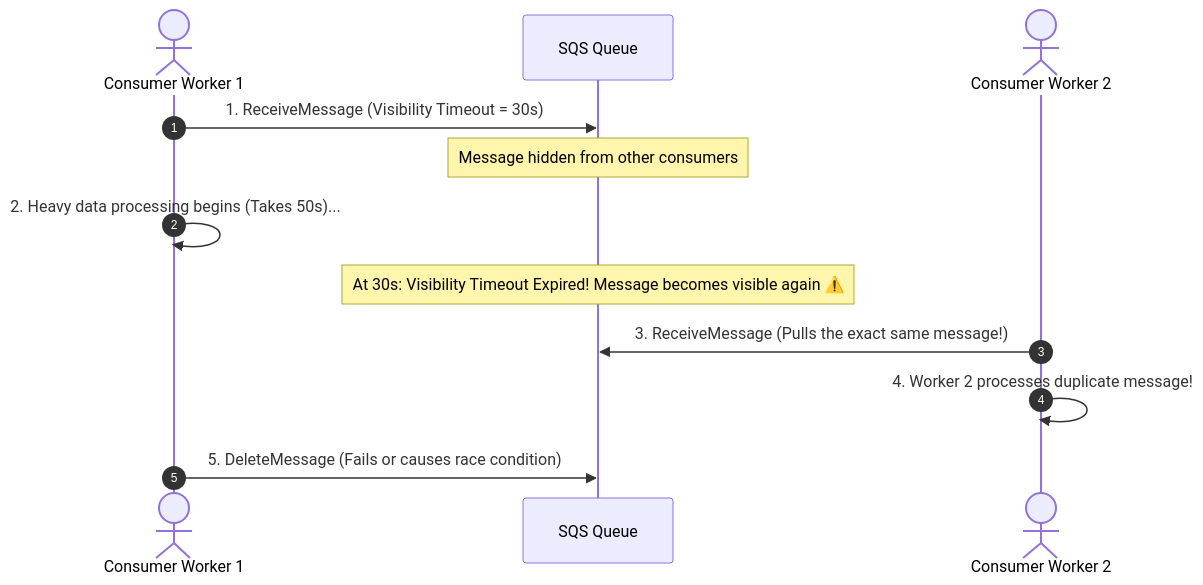
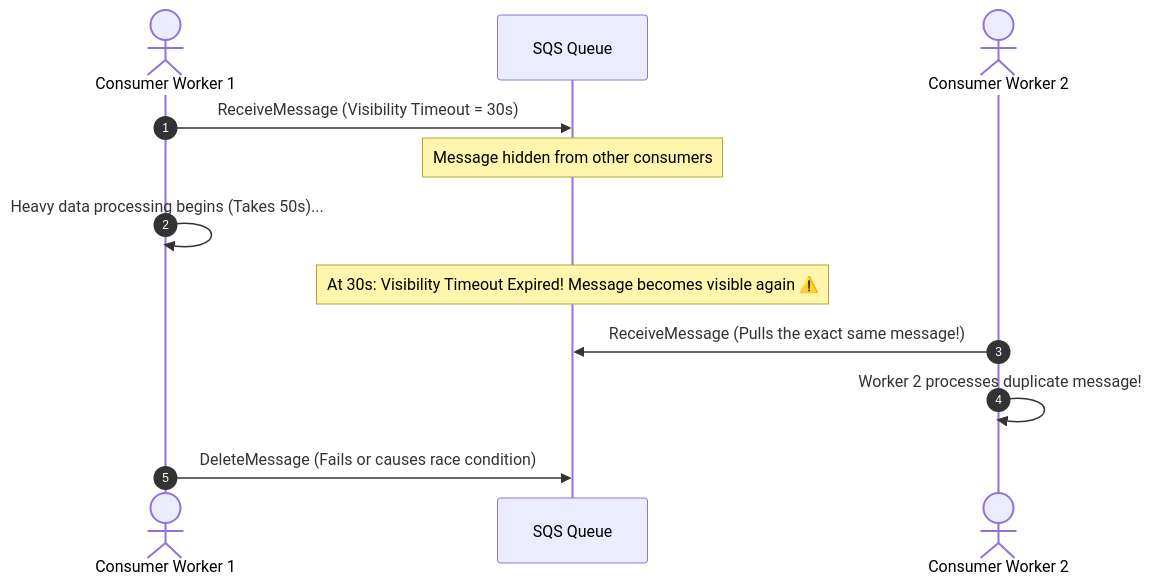
The second of 3 diagrams in content/en/02-services/integration/sqs/sqs-timing-parameters-and-polling.md (Wathon/aws-dea-c01-note), drawn with Mermaid before and after one commit. The commit also changed 2 other files, not shown here.

Commit message:
fix(mermaid): fix semicolon parse error and numbering in sequenceDiagrams (EN & MM)

````diff
--- a/content/en/02-services/integration/sqs/sqs-timing-parameters-and-polling.md
+++ b/content/en/02-services/integration/sqs/sqs-timing-parameters-and-polling.md
@@ -63,15 +63,15 @@
 ```mermaid
 sequenceDiagram
     autonumber
     actor Worker1 as Consumer Worker 1
     participant SQS as SQS Queue
     actor Worker2 as Consumer Worker 2
 
-    Worker1->>SQS: 1. ReceiveMessage (Visibility Timeout = 30s)
+    Worker1->>SQS: ReceiveMessage (Visibility Timeout = 30s)
     Note over SQS: Message hidden from other consumers
-    Worker1->>Worker1: 2. Heavy data processing begins (Takes 50s)...
+    Worker1->>Worker1: Heavy data processing begins (Takes 50s)...
     Note over SQS: At 30s: Visibility Timeout Expired! Message becomes visible again ⚠️
-    Worker2->>SQS: 3. ReceiveMessage (Pulls the exact same message!)
-    Worker2->>Worker2: 4. Worker 2 processes duplicate message!
-    Worker1->>SQS: 5. DeleteMessage (Fails or causes race condition)
+    Worker2->>SQS: ReceiveMessage (Pulls the exact same message!)
+    Worker2->>Worker2: Worker 2 processes duplicate message!
+    Worker1->>SQS: DeleteMessage (Fails or causes race condition)
 ```
````
